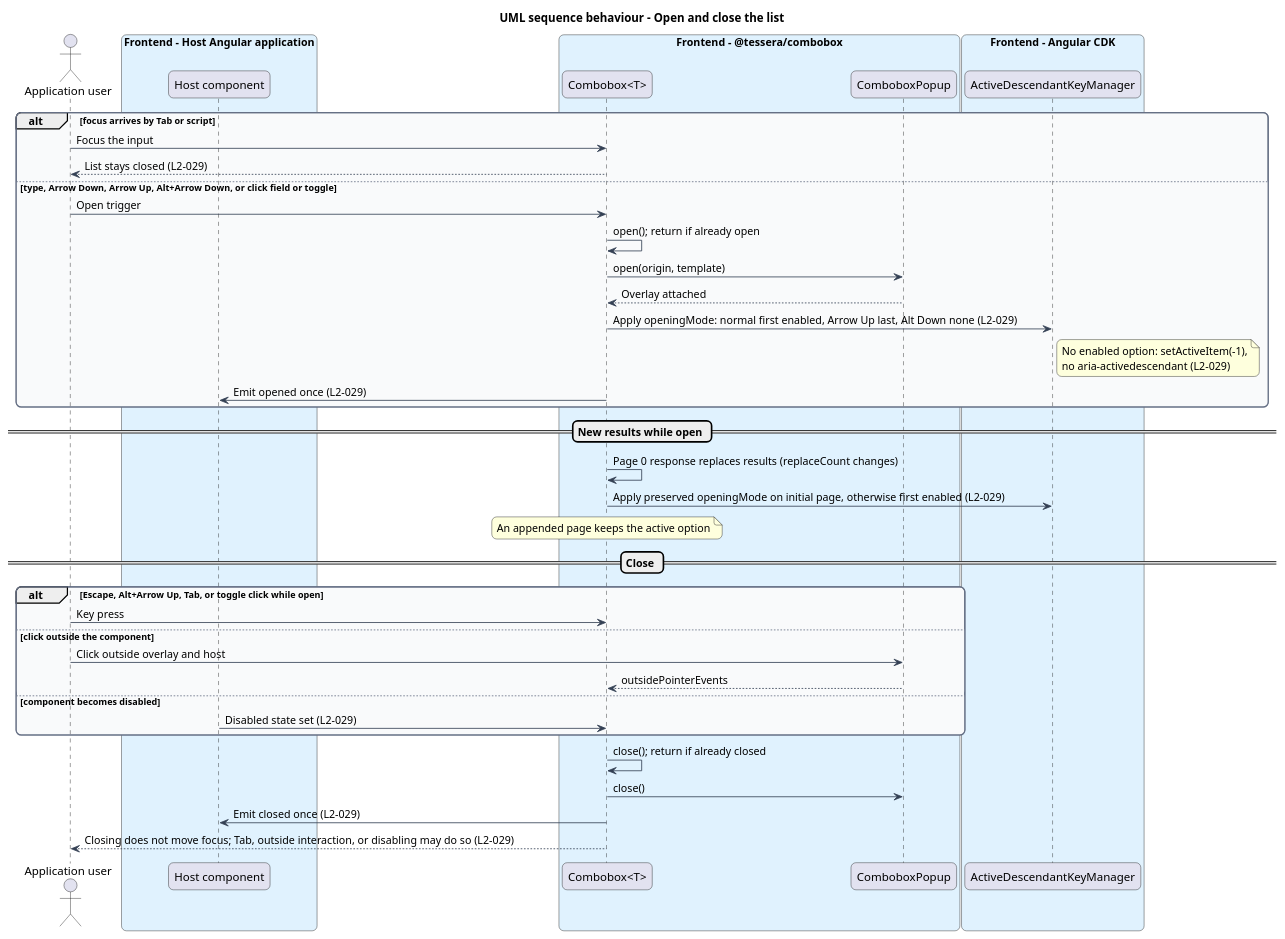
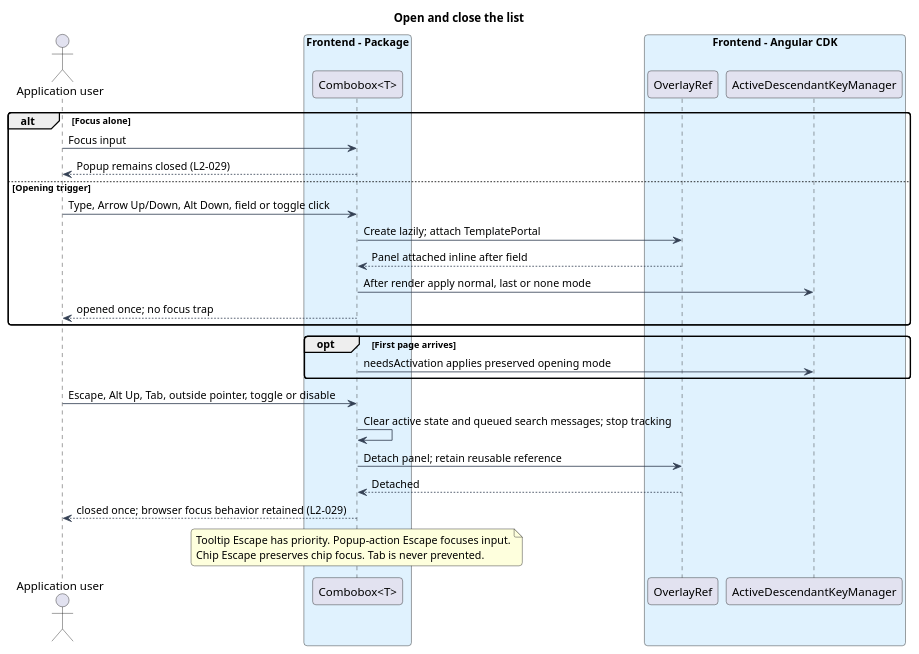
One commit to QuinntyneBrown/Tessera changed the diagram in docs/detailed-designs/combobox/open-and-position-list/diagrams/sequence-open-close.puml. Above: the diagram before and after it, drawn with PlantUML. The commit also changed 194 other files, not shown here.

```diff
--- a/docs/detailed-designs/combobox/open-and-position-list/diagrams/sequence-open-close.puml
+++ b/docs/detailed-designs/combobox/open-and-position-list/diagrams/sequence-open-close.puml
@@ -1,63 +1,45 @@
 @startuml
-title UML sequence behaviour - Open and close the list
 skinparam backgroundColor #FFFFFF
 skinparam shadowing false
-skinparam roundcorner 12
+skinparam roundcorner 8
 skinparam defaultFontName Arial
 skinparam ArrowColor #344054
-skinparam rectangle {
+skinparam class {
   BorderColor #344054
-  FontColor #101828
-}
-skinparam package {
-  BorderColor #667085
   FontColor #101828
   BackgroundColor #F9FAFB
 }
+title Open and close the list
 actor "Application user" as user
-box "Frontend - Host Angular application" #E0F2FE
-  participant "Host component" as host
-end box
-box "Frontend - @tessera/combobox" #E0F2FE
-  participant "Combobox<T>" as combo
-  participant "ComboboxPopup" as popup
+box "Frontend - Package" #E0F2FE
+  participant "Combobox<T>" as cb
 end box
 box "Frontend - Angular CDK" #E0F2FE
+  participant "OverlayRef" as overlay
   participant "ActiveDescendantKeyManager" as keys
 end box
 
-alt focus arrives by Tab or script
-  user -> combo : Focus the input
-  combo --> user : List stays closed (L2-029)
-else type, Arrow Down, Arrow Up, Alt+Arrow Down, or click field or toggle
-  user -> combo : Open trigger
-  combo -> combo : open(); return if already open
-  combo -> popup : open(origin, template)
-  popup --> combo : Overlay attached
-  combo -> keys : Apply openingMode: normal first enabled, Arrow Up last, Alt Down none (L2-029)
-  note right of keys
-    No enabled option: setActiveItem(-1),
-    no aria-activedescendant (L2-029)
-  end note
-  combo -> host : Emit opened once (L2-029)
+
+alt Focus alone
+  user -> cb : Focus input
+  cb --> user : Popup remains closed (L2-029)
+else Opening trigger
+  user -> cb : Type, Arrow Up/Down, Alt Down, field or toggle click
+  cb -> overlay : Create lazily; attach TemplatePortal
+  overlay --> cb : Panel attached inline after field
+  cb -> keys : After render apply normal, last or none mode
+  cb --> user : opened once; no focus trap
 end
-== New results while open ==
-combo -> combo : Page 0 response replaces results (replaceCount changes)
-combo -> keys : Apply preserved openingMode on initial page, otherwise first enabled (L2-029)
-note over combo
-  An appended page keeps the active option
+opt First page arrives
+  cb -> keys : needsActivation applies preserved opening mode
+end
+user -> cb : Escape, Alt Up, Tab, outside pointer, toggle or disable
+cb -> cb : Clear active state and queued search messages; stop tracking
+cb -> overlay : Detach panel; retain reusable reference
+overlay --> cb : Detached
+cb --> user : closed once; browser focus behavior retained (L2-029)
+note over cb
+  Tooltip Escape has priority. Popup-action Escape focuses input.
+  Chip Escape preserves chip focus. Tab is never prevented.
 end note
-== Close ==
-alt Escape, Alt+Arrow Up, Tab, or toggle click while open
-  user -> combo : Key press
-else click outside the component
-  user -> popup : Click outside overlay and host
-  popup --> combo : outsidePointerEvents
-else component becomes disabled
-  host -> combo : Disabled state set (L2-029)
-end
-combo -> combo : close(); return if already closed
-combo -> popup : close()
-combo -> host : Emit closed once (L2-029)
-combo --> user : Closing does not move focus; Tab, outside interaction, or disabling may do so (L2-029)
 @enduml
```
